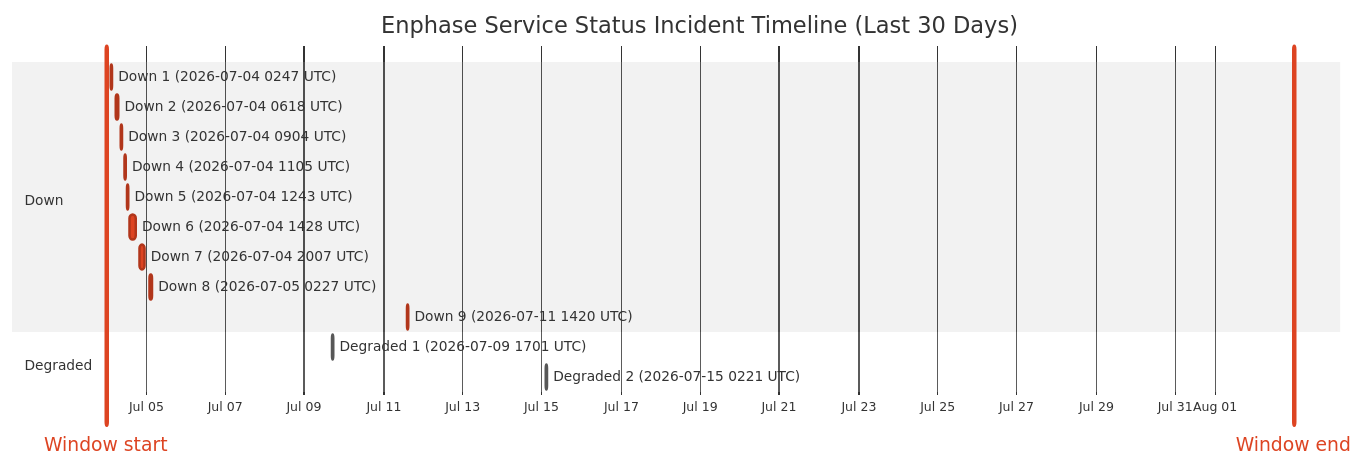
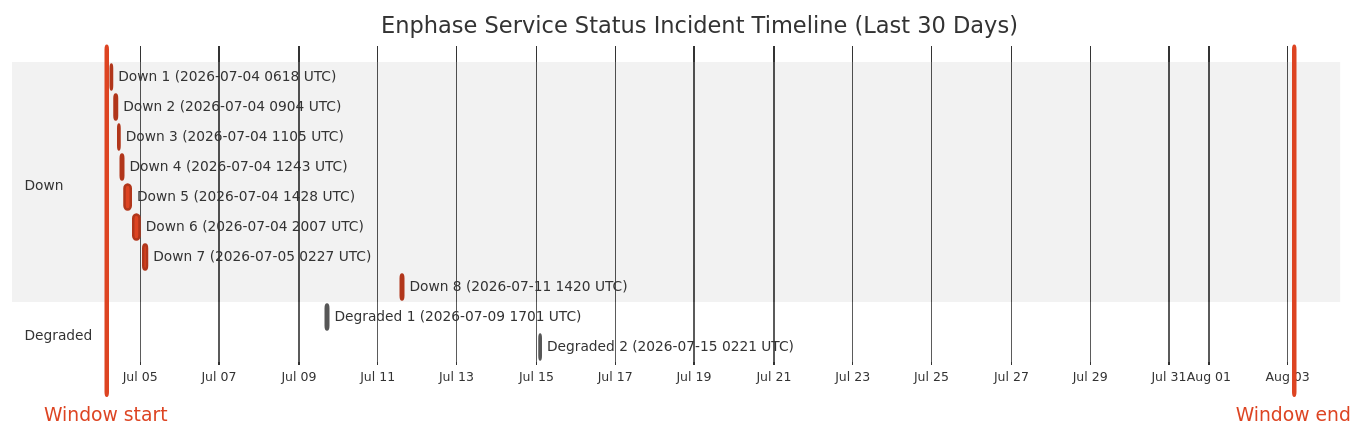
Before and after one commit to barneyonline/ha-enphase-energy: the diagram in wiki/Service-Status-History.md, drawn with Mermaid (neutral theme). The commit also changed other lines of this file and 3 other files, not shown here.

````diff
--- a/wiki/Service-Status-History.md
+++ b/wiki/Service-Status-History.md
@@ -14,21 +14,20 @@
 ```mermaid
 gantt
     title Enphase Service Status Incident Timeline (Last 30 Days)
     dateFormat  YYYY-MM-DDTHH:mm:ss
     axisFormat  %b %d
-    Window start :vert, window-start, 2026-07-03T23:57:31, 0ms
-    Window end :vert, window-end, 2026-08-02T23:57:31, 0ms
+    Window start :vert, window-start, 2026-07-04T03:27:25, 0ms
+    Window end :vert, window-end, 2026-08-03T03:27:25, 0ms
     section Down
-    Down 1 (2026-07-04 0247 UTC) :crit, down-1, 2026-07-04T02:47:22, 60m
-    Down 2 (2026-07-04 0618 UTC) :crit, down-2, 2026-07-04T06:18:09, 60m
-    Down 3 (2026-07-04 0904 UTC) :crit, down-3, 2026-07-04T09:04:41, 60m
-    Down 4 (2026-07-04 1105 UTC) :crit, down-4, 2026-07-04T11:05:21, 60m
-    Down 5 (2026-07-04 1243 UTC) :crit, down-5, 2026-07-04T12:43:25, 60m
-    Down 6 (2026-07-04 1428 UTC) :crit, down-6, 2026-07-04T14:28:07, 243m
-    Down 7 (2026-07-04 2007 UTC) :crit, down-7, 2026-07-04T20:07:50, 206m
-    Down 8 (2026-07-05 0227 UTC) :crit, down-8, 2026-07-05T02:27:32, 109m
-    Down 9 (2026-07-11 1420 UTC) :crit, down-9, 2026-07-11T14:20:54, 69m
+    Down 1 (2026-07-04 0618 UTC) :crit, down-1, 2026-07-04T06:18:09, 60m
+    Down 2 (2026-07-04 0904 UTC) :crit, down-2, 2026-07-04T09:04:41, 60m
+    Down 3 (2026-07-04 1105 UTC) :crit, down-3, 2026-07-04T11:05:21, 60m
+    Down 4 (2026-07-04 1243 UTC) :crit, down-4, 2026-07-04T12:43:25, 60m
+    Down 5 (2026-07-04 1428 UTC) :crit, down-5, 2026-07-04T14:28:07, 243m
+    Down 6 (2026-07-04 2007 UTC) :crit, down-6, 2026-07-04T20:07:50, 206m
+    Down 7 (2026-07-05 0227 UTC) :crit, down-7, 2026-07-05T02:27:32, 109m
+    Down 8 (2026-07-11 1420 UTC) :crit, down-8, 2026-07-11T14:20:54, 69m
     section Degraded
     Degraded 1 (2026-07-09 1701 UTC) :active, degraded-1, 2026-07-09T17:01:02, 60m
     Degraded 2 (2026-07-15 0221 UTC) :active, degraded-2, 2026-07-15T02:21:35, 60m
 ```
````
